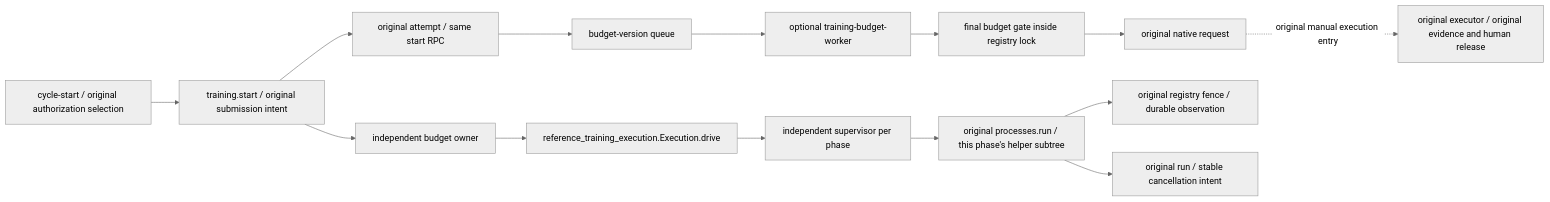
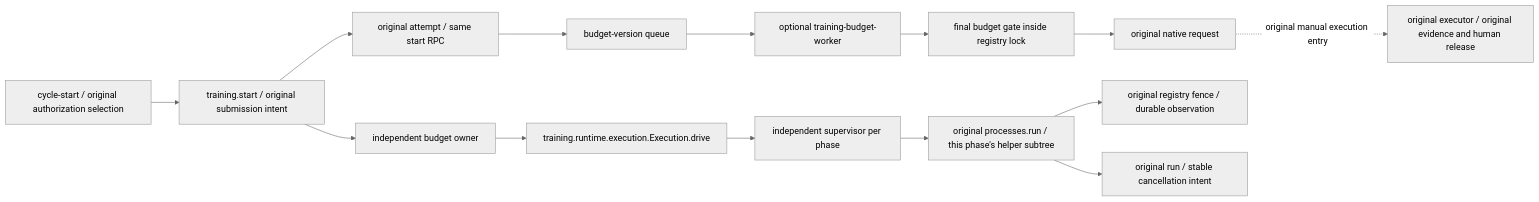
The first of 3 diagrams in docs/architecture/execution/training.md (626619403/Ergora), drawn with Mermaid (neutral theme) before and after one commit. The commit also changed other lines of this file and 69 other files, not shown here.

````diff
--- a/docs/architecture/execution/training.md
+++ b/docs/architecture/execution/training.md
@@ -19,16 +21,16 @@
 ```mermaid
 flowchart LR
   Cycle[cycle-start / original authorization selection] --> Start[training.start / original submission intent]
   Start --> Owner[independent budget owner]
   Start --> Attempt[original attempt / same start RPC]
   Attempt --> Queue[budget-version queue]
   Queue --> Worker[optional training-budget-worker]
   Worker --> Gate[final budget gate inside registry lock]
   Gate --> Request[original native request]
-  Owner --> Drive[reference_training_execution.Execution.drive]
+  Owner --> Drive[training.runtime.execution.Execution.drive]
   Drive --> Phase[independent supervisor per phase]
   Phase --> Helpers[original processes.run / this phase's helper subtree]
   Helpers --> Fence[original registry fence / durable observation]
   Helpers --> Cancel[original run / stable cancellation intent]
   Request -. original manual execution entry .-> Existing[original executor / original evidence and human release]
 ```
````
